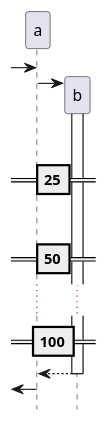
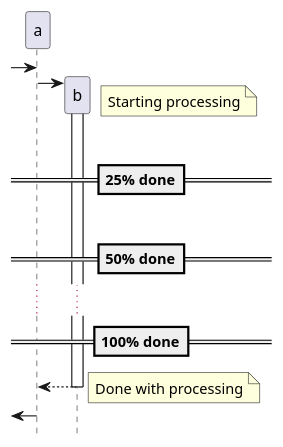
One commit to satishgoda/visualization changed the diagram in tools/plantuml/examples/sequence/ab.puml. Above: the diagram before and after it, drawn with PlantUML.

```diff
--- a/tools/plantuml/examples/sequence/ab.puml
+++ b/tools/plantuml/examples/sequence/ab.puml
@@ -1,18 +1,26 @@
 @startuml
 hide footbox
 
 [-> a
 
 create b
+
 a -> b
 activate b
+note right: Starting processing
+
 ||25||
-==25==
+==25% done==
+
 ||25||
-==50==
+==50% done==
+
 ...
-==100==
+==100% done==
+
 b --> a
+note right: Done with processing
 deactivate b
+
 [<- a
 @enduml
```
